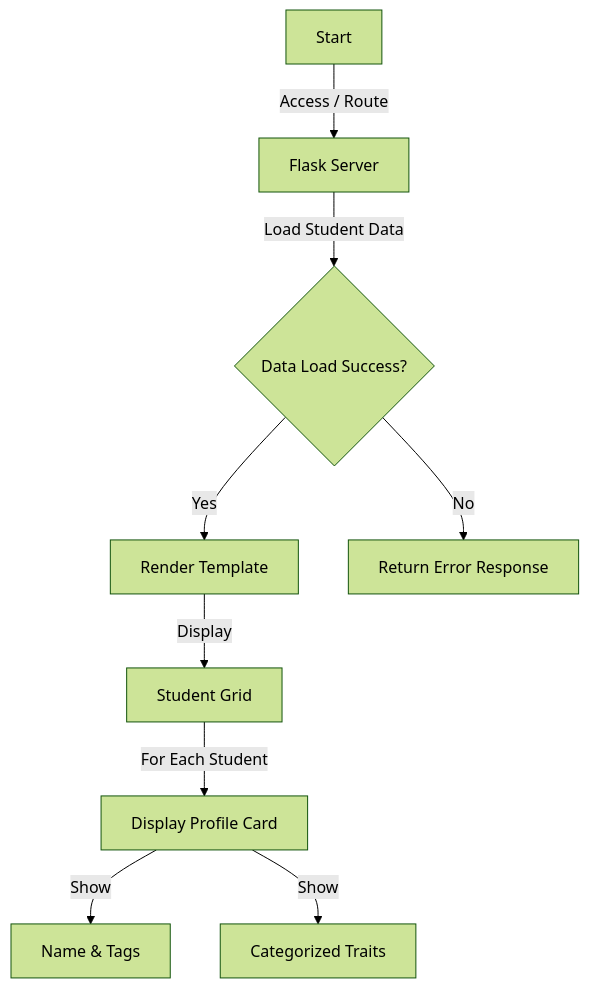
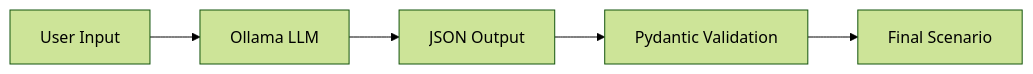
Before and after one commit to pleabargain/student-grid-builder: the second of 3 diagrams in cline_docs/readme.md, drawn with Mermaid (forest theme). The commit also changed other lines of this file and 12 other files, not shown here.

````diff
--- a/cline_docs/readme.md
+++ b/cline_docs/readme.md
@@ -19,11 +27,7 @@
 ```mermaid
-graph TD
-    A[Start] -->|Access / Route| B[Flask Server]
-    B -->|Load Student Data| C{Data Load Success?}
-    C -->|Yes| D[Render Template]
-    C -->|No| E[Return Error Response]
-    D -->|Display| F[Student Grid]
-    F -->|For Each Student| G[Display Profile Card]
-    G -->|Show| H[Name & Tags]
-    G -->|Show| I[Categorized Traits]
+graph LR
+    A[User Input] --> B[Ollama LLM]
+    B --> C[JSON Output]
+    C --> D[Pydantic Validation]
+    D --> E[Final Scenario]
 ```
````
